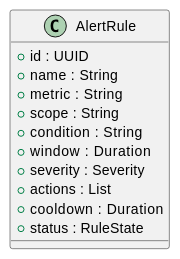
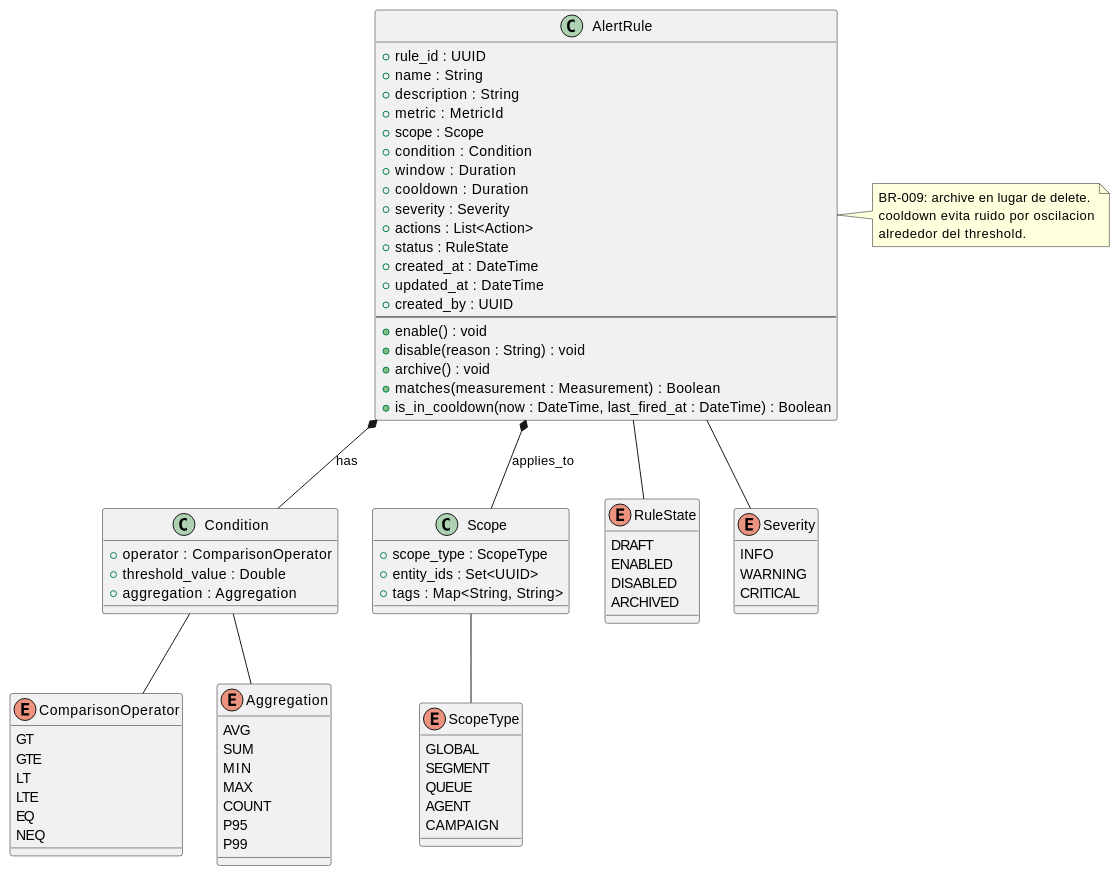
Before and after one commit to jcg-admin/IACT-docs: the diagram in source/arquitectura-tecnica/domain-model/alert-rule.rst, drawn with PlantUML. The commit also changed other lines of this file and 4 other files, not shown here.

```diff
--- a/source/arquitectura-tecnica/domain-model/alert-rule.rst
+++ b/source/arquitectura-tecnica/domain-model/alert-rule.rst
@@ -25,19 +34,96 @@
 .. uml::
- :caption: Clase AlertRule — stub pendiente de desarrollo.
+ :caption: Clase AlertRule — definición declarativa de
+           regla con condición, scope, ventana y acciones.
 
  @startuml
 
  class AlertRule {
-  + id : UUID
-  + name : String
-  + metric : String
-  + scope : String
-  + condition : String
-  + window : Duration
-  + severity : Severity
-  + actions : List
-  + cooldown : Duration
-  + status : RuleState
+   + rule_id : UUID
+   + name : String
+   + description : String
+   + metric : MetricId
+   + scope : Scope
+   + condition : Condition
+   + window : Duration
+   + cooldown : Duration
+   + severity : Severity
+   + actions : List<Action>
+   + status : RuleState
+   + created_at : DateTime
+   + updated_at : DateTime
+   + created_by : UUID
+   --
+   + enable() : void
+   + disable(reason : String) : void
+   + archive() : void
+   + matches(measurement : Measurement) : Boolean
+   + is_in_cooldown(now : DateTime, last_fired_at : DateTime) : Boolean
  }
 
+ class Condition {
+   + operator : ComparisonOperator
+   + threshold_value : Double
+   + aggregation : Aggregation
+ }
+
+ class Scope {
+   + scope_type : ScopeType
+   + entity_ids : Set<UUID>
+   + tags : Map<String, String>
+ }
+
+ enum RuleState {
+   DRAFT
+   ENABLED
+   DISABLED
+   ARCHIVED
+ }
+
+ enum Severity {
+   INFO
+   WARNING
+   CRITICAL
+ }
+
+ enum ComparisonOperator {
+   GT
+   GTE
+   LT
+   LTE
+   EQ
+   NEQ
+ }
+
+ enum Aggregation {
+   AVG
+   SUM
+   MIN
+   MAX
+   COUNT
+   P95
+   P99
+ }
+
+ enum ScopeType {
+   GLOBAL
+   SEGMENT
+   QUEUE
+   AGENT
+   CAMPAIGN
+ }
+
+ AlertRule *-- Condition : has
+ AlertRule *-- Scope : applies_to
+ AlertRule -- RuleState
+ AlertRule -- Severity
+ Condition -- ComparisonOperator
+ Condition -- Aggregation
+ Scope -- ScopeType
+
+ note right of AlertRule
+   BR-009: archive en lugar de delete.
+   cooldown evita ruido por oscilacion
+   alrededor del threshold.
+ end note
+
  @enduml
```
